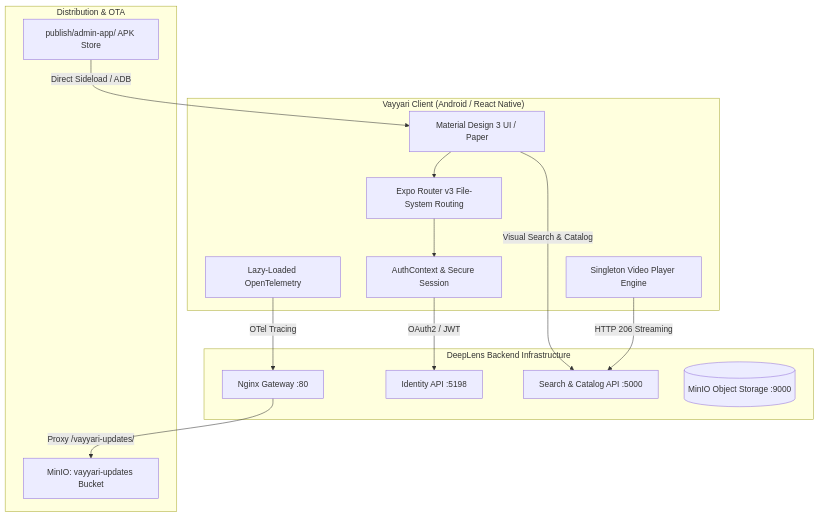
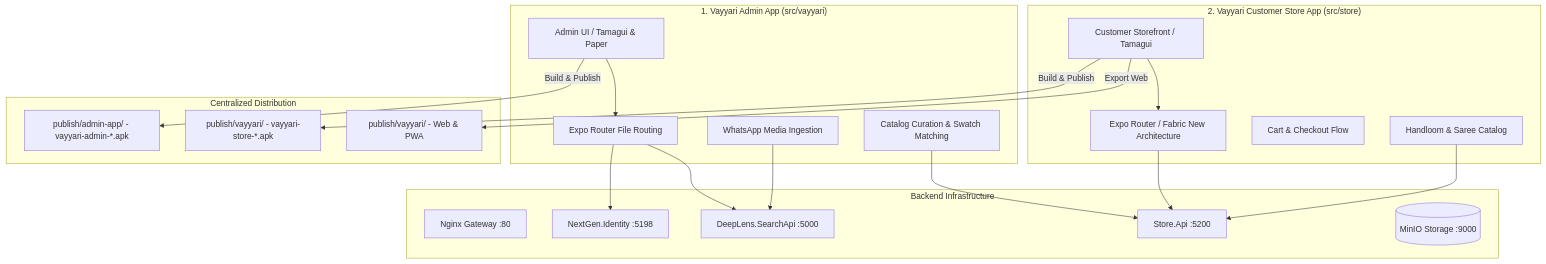
Before and after one commit to kri-kan/deeplens: the diagram in docs/deeplens/architecture/vayyari-mobile-architecture.md, drawn with Mermaid. The commit also changed other lines of this file and 6 other files, not shown here.

Commit message:
docs(mobile): document Vayyari Store and Admin APK build options, targets, and guidelines (ADO #563)

````diff
--- a/docs/deeplens/architecture/vayyari-mobile-architecture.md
+++ b/docs/deeplens/architecture/vayyari-mobile-architecture.md
@@ -14,32 +14,44 @@
 ```mermaid
 graph TD
-    subgraph "Vayyari Client (Android / React Native)"
-        UI[Material Design 3 UI / Paper]
-        Router[Expo Router v3 File-System Routing]
-        Auth[AuthContext & Secure Session]
-        Video[Singleton Video Player Engine]
-        Telemetry[Lazy-Loaded OpenTelemetry]
+    subgraph "1. Vayyari Admin App (src/vayyari)"
+        AdminUI[Admin UI / Tamagui & Paper]
+        AdminCuration[Catalog Curation & Swatch Matching]
+        AdminWhatsApp[WhatsApp Media Ingestion]
+        AdminRouter[Expo Router File Routing]
     end
 
-    subgraph "DeepLens Backend Infrastructure"
-        Gateway[Nginx Gateway :80]
-        IdentityApi[Identity API :5198]
-        SearchApi[Search & Catalog API :5000]
-        MinIO[(MinIO Object Storage :9000)]
+    subgraph "2. Vayyari Customer Store App (src/store)"
+        StoreUI[Customer Storefront / Tamagui]
+        StoreCatalog[Handloom & Saree Catalog]
+        StoreCart[Cart & Checkout Flow]
+        StoreRouter[Expo Router / Fabric New Architecture]
     end
 
-    subgraph "Distribution & OTA"
-        APKRepo[publish/admin-app/ APK Store]
-        OTABucket[MinIO: vayyari-updates Bucket]
+    subgraph "Backend Infrastructure"
+        Gateway[Nginx Gateway :80]
+        IdentityApi[NextGen.Identity :5198]
+        SearchApi[DeepLens.SearchApi :5000]
+        StoreApi[Store.Api :5200]
+        MinIO[(MinIO Storage :9000)]
     end
 
-    UI --> Router
-    Router --> Auth
-    Auth -->|OAuth2 / JWT| IdentityApi
-    UI -->|Visual Search & Catalog| SearchApi
-    Video -->|HTTP 206 Streaming| SearchApi
-    Telemetry -->|OTel Tracing| Gateway
+    subgraph "Centralized Distribution"
+        AdminAPK[publish/admin-app/ - vayyari-admin-*.apk]
+        StoreAPK[publish/vayyari/ - vayyari-store-*.apk]
+        StoreWeb[publish/vayyari/ - Web & PWA]
+    end
 
-    Gateway -->|Proxy /vayyari-updates/| OTABucket
-    APKRepo -->|Direct Sideload / ADB| UI
+    AdminUI --> AdminRouter
+    AdminRouter --> IdentityApi
+    AdminRouter --> SearchApi
+    AdminWhatsApp --> SearchApi
+    AdminCuration --> StoreApi
+
+    StoreUI --> StoreRouter
+    StoreRouter --> StoreApi
+    StoreCatalog --> StoreApi
+
+    AdminUI -->|Build & Publish| AdminAPK
+    StoreUI -->|Build & Publish| StoreAPK
+    StoreUI -->|Export Web| StoreWeb
 ```
````
